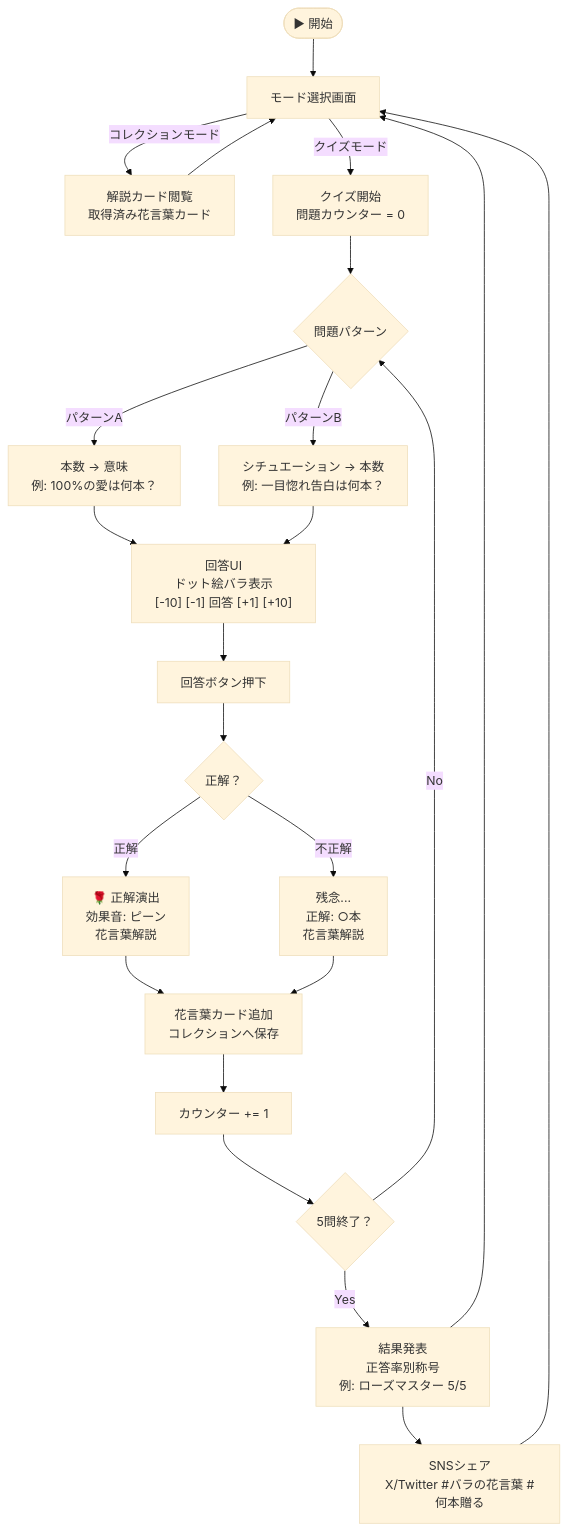
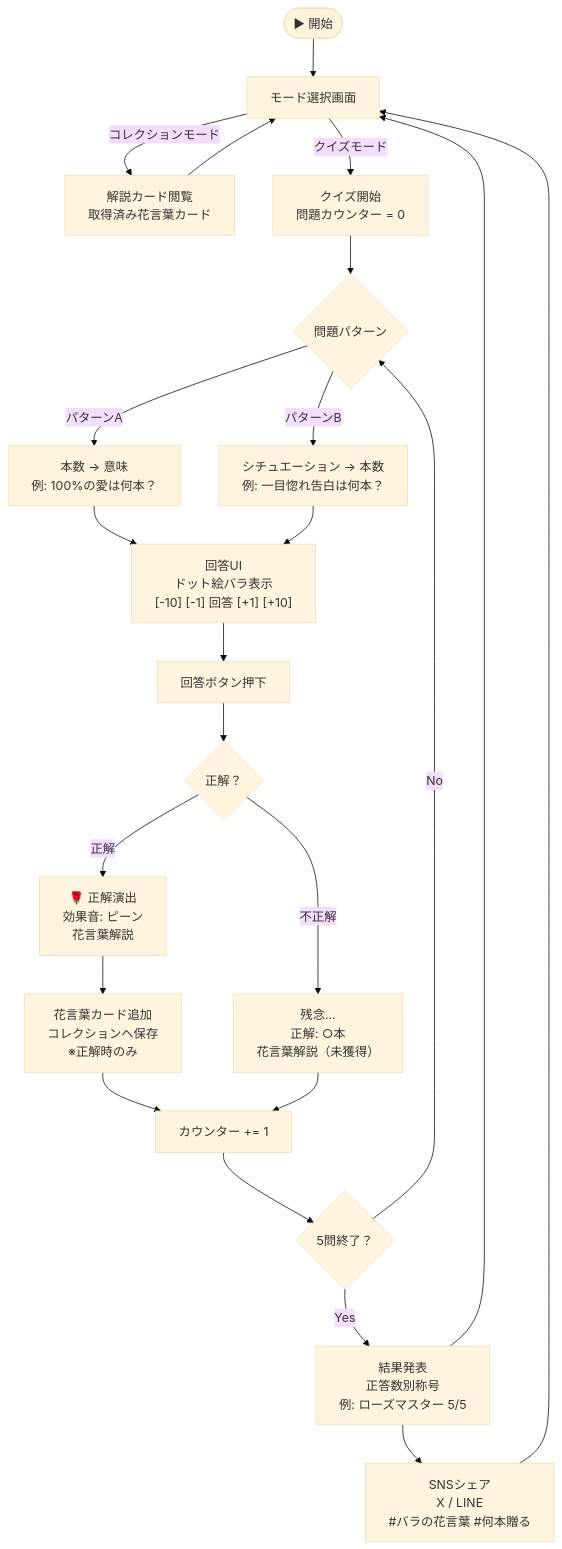
Before and after one commit to Ham4690/rose-quiz: the diagram in docs/game_flow.md, drawn with Mermaid (base theme). The commit also changed other lines of this file and 8 other files, not shown here.

````diff
--- a/docs/game_flow.md
+++ b/docs/game_flow.md
@@ -5,36 +5,36 @@
 ```mermaid
 flowchart TD
     START([▶ 開始]) --> MODE_SELECT[モード選択画面]
 
     MODE_SELECT -->|コレクションモード| COLLECTION["解説カード閲覧<br/>取得済み花言葉カード"]
     COLLECTION --> MODE_SELECT
 
     MODE_SELECT -->|クイズモード| QUIZ_INIT[クイズ開始<br/>問題カウンター = 0]
 
     QUIZ_INIT --> Q_TYPE{問題パターン}
     Q_TYPE -->|パターンA| Q_A["本数 → 意味<br/>例: 100%の愛は何本？"]
     Q_TYPE -->|パターンB| Q_B["シチュエーション → 本数<br/>例: 一目惚れ告白は何本？"]
 
     Q_A --> INPUT
     Q_B --> INPUT
 
     INPUT["回答UI<br/>ドット絵バラ表示<br/>[-10] [-1] 回答 [+1] [+10]"] --> SUBMIT[回答ボタン押下]
 
     SUBMIT --> JUDGE{正解？}
 
     JUDGE -->|正解| CORRECT["🌹 正解演出<br/>効果音: ピーン<br/>花言葉解説"]
-    JUDGE -->|不正解| WRONG["残念...<br/>正解: ○本<br/>花言葉解説"]
+    JUDGE -->|不正解| WRONG["残念...<br/>正解: ○本<br/>花言葉解説（未獲得）"]
 
-    CORRECT --> ADD_COLLECTION[花言葉カード追加<br/>コレクションへ保存]
-    WRONG --> ADD_COLLECTION
+    CORRECT --> ADD_COLLECTION[花言葉カード追加<br/>コレクションへ保存<br/>※正解時のみ]
+    ADD_COLLECTION --> COUNT[カウンター += 1]
+    WRONG --> COUNT
 
-    ADD_COLLECTION --> COUNT[カウンター += 1]
     COUNT --> CHECK{5問終了？}
 
     CHECK -->|No| Q_TYPE
-    CHECK -->|Yes| RESULT[結果発表<br/>正答率別称号<br/>例: ローズマスター 5/5]
+    CHECK -->|Yes| RESULT[結果発表<br/>正答数別称号<br/>例: ローズマスター 5/5]
 
-    RESULT --> SNS["SNSシェア<br/>X/Twitter #バラの花言葉 #何本贈る"]
+    RESULT --> SNS["SNSシェア<br/>X / LINE<br/>#バラの花言葉 #何本贈る"]
     SNS --> MODE_SELECT
     RESULT --> MODE_SELECT
 ```
````
